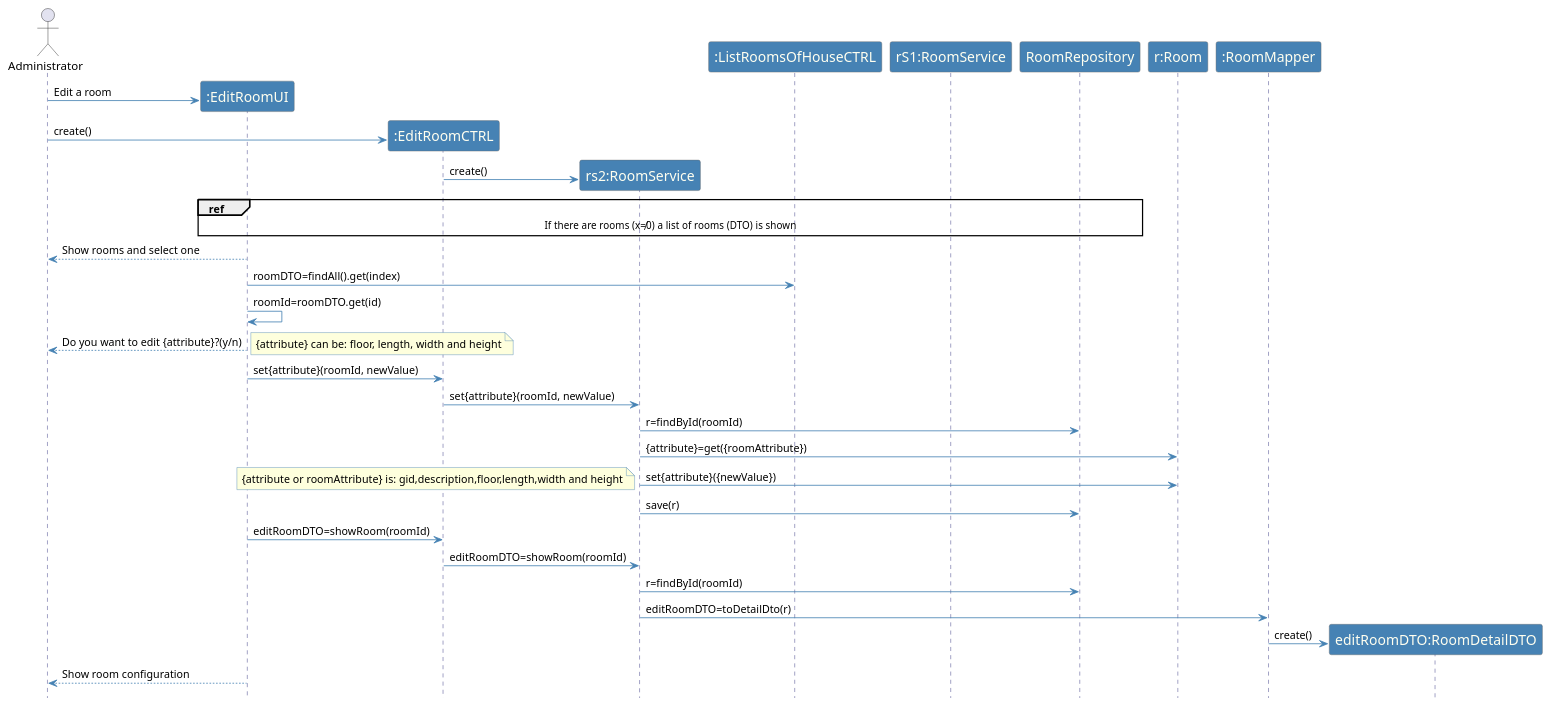
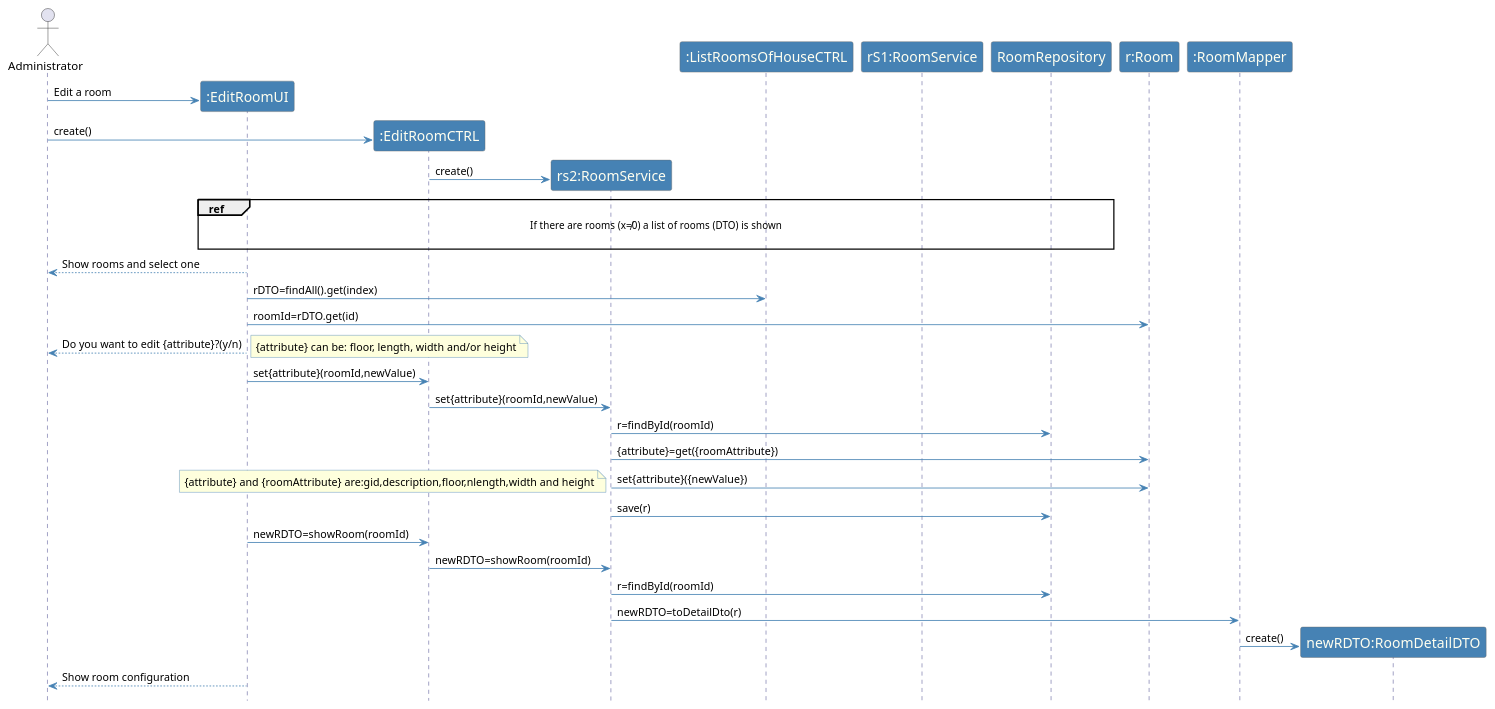
One commit to emanuel-pereira/hou changed the diagram in src/main/java/smarthome/controller/sequenceDiagrams/sd_EditRoom.puml. Above: the diagram before and after it, drawn with PlantUML. The commit also changed 4 other files, not shown here.

Commit message:
US109: update sequence diagram. Ref #249

```diff
--- a/src/main/java/smarthome/controller/sequenceDiagrams/sd_EditRoom.puml
+++ b/src/main/java/smarthome/controller/sequenceDiagrams/sd_EditRoom.puml
@@ -1,65 +1,65 @@
 @startuml
 hidefootbox
 
 actor Administrator
 
 skinparam sequence {
 	ArrowColor SteelBlue
 	ActorBorderColor Dimgray
 	LifeLineBorderColor MidnightBlue
 	LifeLineBackgroundColor #A9DCDF
 
 	ParticipantBorderColor Dimgray
 	ParticipantBackgroundColor SteelBlue
 	ParticipantFontName Calibri Bold
 	ParticipantFontSize 17
 	ParticipantFontColor Ivory
 
 	ActorBackgroundColor SteelBlue
 	ActorFontColor MidnightBlue
 	ActorFontSize 17
 	ActorFontName Aapex
 
 }
 
 skinparam note {
 BorderColor SteelBlue
 }
 
 create ":EditRoomUI"
 Administrator -> ":EditRoomUI":Edit a room
 create ":EditRoomCTRL"
 Administrator -> ":EditRoomCTRL": create()
 create "rs2:RoomService"
 ":EditRoomCTRL" -> "rs2:RoomService": create()
-ref over ":EditRoomUI", ":ListRoomsOfHouseCTRL", "rS1:RoomService", RoomRepository: If there are rooms (x≠0) a list of rooms (DTO) is shown
+ref over ":EditRoomUI", ":ListRoomsOfHouseCTRL", "rS1:RoomService", RoomRepository: If there are rooms (x≠0) a list of rooms (DTO) is shown\n
 Administrator <-- ":EditRoomUI": Show rooms and select one
-":EditRoomUI" -> ":ListRoomsOfHouseCTRL": roomDTO=findAll().get(index)
-":EditRoomUI" -> ":EditRoomUI": roomId=roomDTO.get(id)
+":EditRoomUI" -> ":ListRoomsOfHouseCTRL": rDTO=findAll().get(index)
+":EditRoomUI" -> "r:Room": roomId=rDTO.get(id)
 
 Administrator <-- ":EditRoomUI": Do you want to edit {attribute}?(y/n)
 note right
-{attribute} can be: floor, length, width and height
+{attribute} can be: floor, length, width and/or height
     end note
-":EditRoomUI" -> ":EditRoomCTRL": set{attribute}(roomId, newValue)
-":EditRoomCTRL" -> "rs2:RoomService": set{attribute}(roomId, newValue)
+":EditRoomUI" -> ":EditRoomCTRL": set{attribute}(roomId,newValue)
+":EditRoomCTRL" -> "rs2:RoomService": set{attribute}(roomId,newValue)
 "rs2:RoomService" -> RoomRepository: r=findById(roomId)
 "rs2:RoomService" -> "r:Room": {attribute}=get({roomAttribute})
 "rs2:RoomService" -> "r:Room": set{attribute}({newValue})
 
 note left
-{attribute or roomAttribute} is: gid,description,floor,length,width and height
+{attribute} and {roomAttribute} are:gid,description,floor,nlength,width and height
     end note
 "rs2:RoomService" -> RoomRepository: save(r)
-":EditRoomUI" -> ":EditRoomCTRL": editRoomDTO=showRoom(roomId)
-":EditRoomCTRL" -> "rs2:RoomService": editRoomDTO=showRoom(roomId)
+":EditRoomUI" -> ":EditRoomCTRL": newRDTO=showRoom(roomId)
+":EditRoomCTRL" -> "rs2:RoomService": newRDTO=showRoom(roomId)
 
 
 "rs2:RoomService" -> RoomRepository: r=findById(roomId)
-"rs2:RoomService" -> ":RoomMapper": editRoomDTO=toDetailDto(r)
-create "editRoomDTO:RoomDetailDTO"
-":RoomMapper" -> "editRoomDTO:RoomDetailDTO": create()
+"rs2:RoomService" -> ":RoomMapper": newRDTO=toDetailDto(r)
+create "newRDTO:RoomDetailDTO"
+":RoomMapper" -> "newRDTO:RoomDetailDTO": create()
 
 Administrator <-- ":EditRoomUI": Show room configuration
 
 @enduml
```
